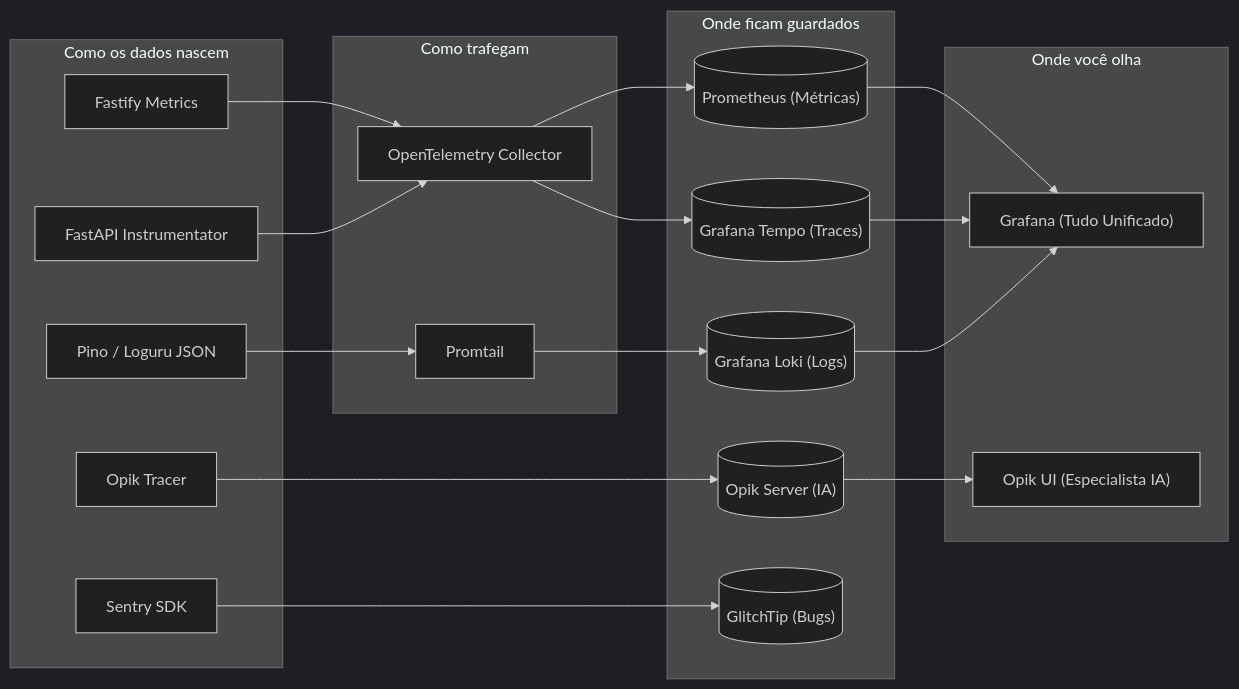
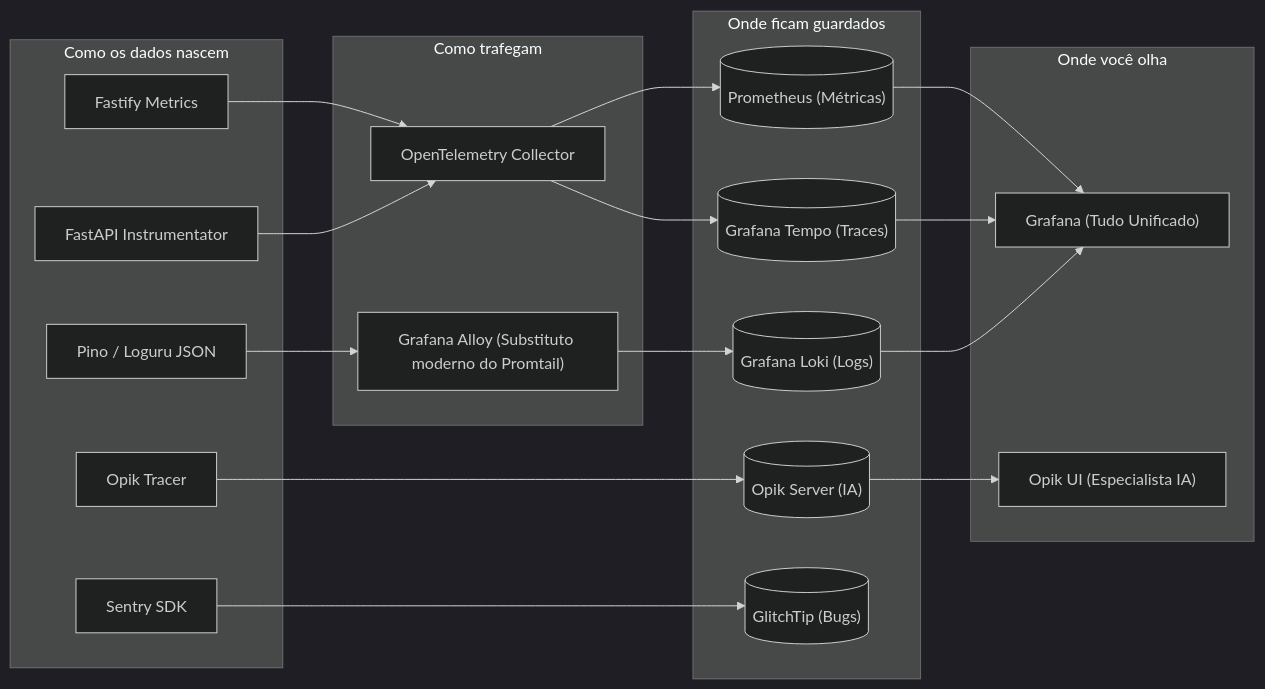
One commit to Digital-Analytics-Apps/sci-latex-vscode-ai changed the diagram in docs/TUTORIAL_OBSERVABILIDADE_ON_PREMISE.md. Above: the diagram before and after it, drawn with Mermaid (dark theme). The commit also changed other lines of this file and 3 other files, not shown here.

````diff
--- a/docs/TUTORIAL_OBSERVABILIDADE_ON_PREMISE.md
+++ b/docs/TUTORIAL_OBSERVABILIDADE_ON_PREMISE.md
@@ -62,34 +62,34 @@
 ```mermaid
 flowchart LR
     subgraph Coleta["Como os dados nascem"]
         A1["Fastify Metrics"]
         A2["FastAPI Instrumentator"]
         A3["Pino / Loguru JSON"]
         A4["Opik Tracer"]
         A5["Sentry SDK"]
     end
 
     subgraph Roteamento["Como trafegam"]
         B1["OpenTelemetry Collector"]
-        B2["Promtail"]
+        B2["Grafana Alloy (Substituto moderno do Promtail)"]
     end
 
     subgraph Armazenamento["Onde ficam guardados"]
         C1[("Prometheus (Métricas)")]
         C2[("Grafana Loki (Logs)")]
         C3[("Grafana Tempo (Traces)")]
         C4[("Opik Server (IA)")]
         C5[("GlitchTip (Bugs)")]
     end
 
     subgraph Visualizacao["Onde você olha"]
         D1["Grafana (Tudo Unificado)"]
         D2["Opik UI (Especialista IA)"]
     end
 
     A1 & A2 --> B1 --> C1 --> D1
     A3 --> B2 --> C2 --> D1
     A4 --> C4 --> D2
     A5 --> C5
     B1 --> C3 --> D1
 ```
````
